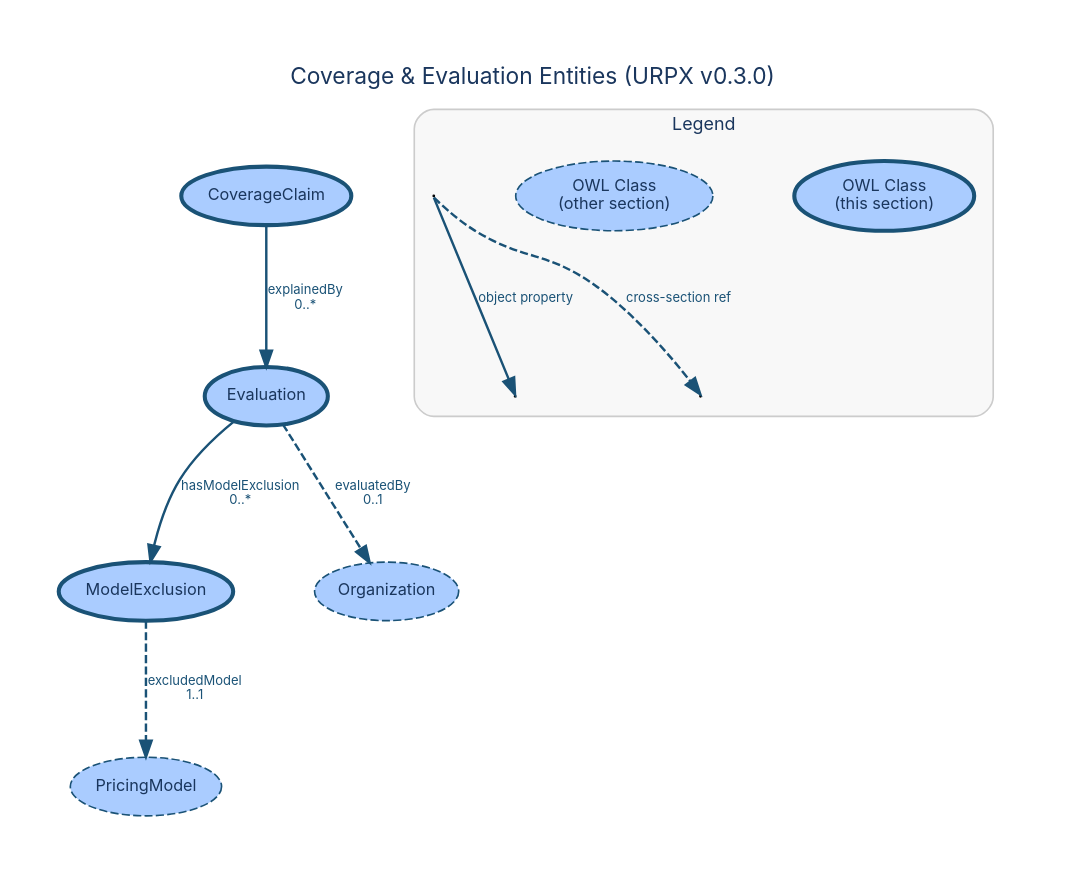
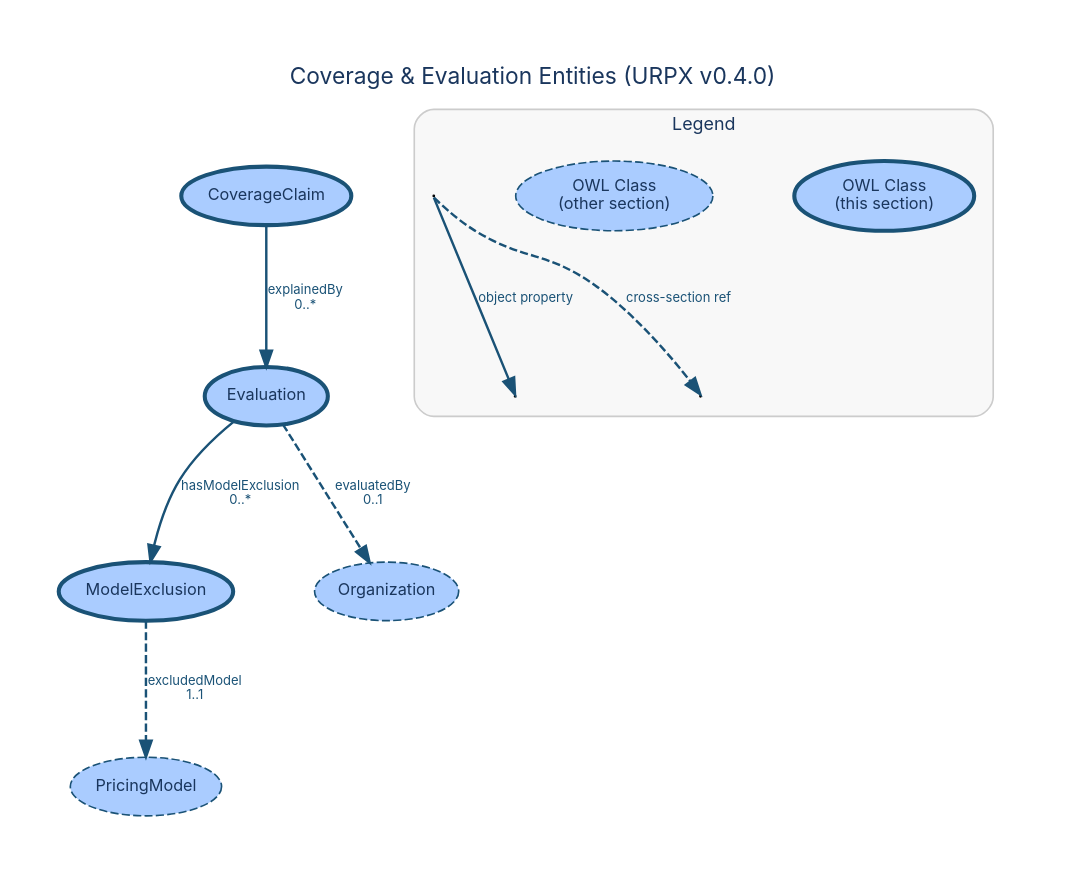
One commit to urpx-org/urpx changed the diagram in documentation/diagrams/dictionary/coverage-evaluation-entities.dot. Above: the diagram before and after it, drawn with Graphviz. The commit also changed 28 other files, not shown here.

```diff
--- a/documentation/diagrams/dictionary/coverage-evaluation-entities.dot
+++ b/documentation/diagrams/dictionary/coverage-evaluation-entities.dot
@@ -1,73 +1,73 @@
 digraph "Coverage & Evaluation Entities" {
     rankdir=TB;
     bgcolor="white";
     pad=0.4;
     nodesep=0.7;
     ranksep=0.9;
     fontname="Inter, Helvetica, Arial, sans-serif";
-    label="Coverage & Evaluation Entities (URPX v0.3.0)";
+    label="Coverage & Evaluation Entities (URPX v0.4.0)";
     labelloc="t";
     fontsize=14;
     fontcolor="#1a365d";
     node [fontname="Inter, Helvetica, Arial, sans-serif", fontsize=10, style=filled, fontcolor="#1a365d"];
     edge [fontname="Inter, Helvetica, Arial, sans-serif", fontsize=8, fontcolor="#1a365d"];
 
     // Section classes
     CoverageClaim [
         label="CoverageClaim"
         shape=ellipse, fillcolor="#aaccff", color="#1a5276", penwidth=2.5
     ];
     Evaluation [
         label="Evaluation"
         shape=ellipse, fillcolor="#aaccff", color="#1a5276", penwidth=2.5
     ];
     ModelExclusion [
         label="ModelExclusion"
         shape=ellipse, fillcolor="#aaccff", color="#1a5276", penwidth=2.5
     ];
 
     // Cross-section references
     Organization [
         label="Organization"
         shape=ellipse, fillcolor="#aaccff", color="#1a5276", penwidth=1, style="filled,dashed"
     ];
     PricingModel [
         label="PricingModel"
         shape=ellipse, fillcolor="#aaccff", color="#1a5276", penwidth=1, style="filled,dashed"
     ];
 
     // Object property edges
     CoverageClaim -> Evaluation [
         label="explainedBy\n0..*", color="#1a5276", fontcolor="#1a5276", penwidth=1.5
     ];
     Evaluation -> Organization [
         label="evaluatedBy\n0..1", style=dashed, color="#1a5276", fontcolor="#1a5276", penwidth=1.5
     ];
     Evaluation -> ModelExclusion [
         label="hasModelExclusion\n0..*", color="#1a5276", fontcolor="#1a5276", penwidth=1.5
     ];
     ModelExclusion -> PricingModel [
         label="excludedModel\n1..1", style=dashed, color="#1a5276", fontcolor="#1a5276", penwidth=1.5
     ];
 
     // Auto-computed rank hints
 
     subgraph cluster_legend {
         label="Legend";
         fontname="Inter, Helvetica, Arial, sans-serif";
         fontsize=11;
         fontcolor="#1a365d";
         style=rounded;
         color="#cccccc";
         bgcolor="#f8f8f8";
         margin=12;
 
         leg_class [label="OWL Class\n(this section)", shape=ellipse, fillcolor="#aaccff", color="#1a5276", penwidth=2.5];
         leg_xref [label="OWL Class\n(other section)", shape=ellipse, fillcolor="#aaccff", color="#1a5276", penwidth=1, style="filled,dashed"];
         leg_src [label=" ", shape=point, width=0.01];
         leg_tgt1 [label=" ", shape=point, width=0.01];
         leg_src -> leg_tgt1 [label="object property", color="#1a5276", fontcolor="#1a5276", penwidth=1.5];
         leg_tgt2 [label=" ", shape=point, width=0.01];
         leg_src -> leg_tgt2 [label="cross-section ref", style=dashed, color="#1a5276", fontcolor="#1a5276", penwidth=1.5];
     }
 }
```
